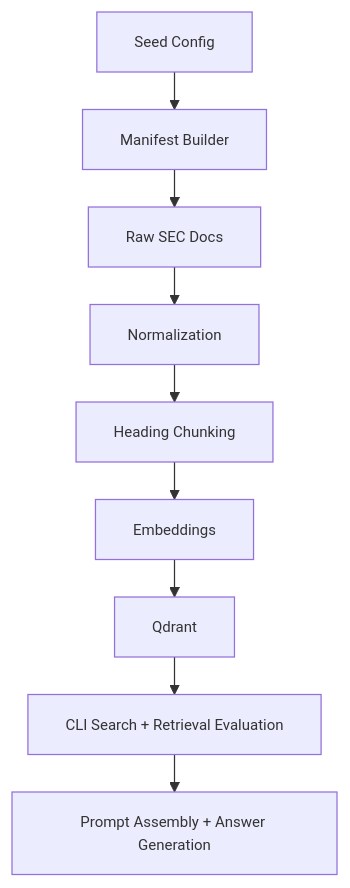
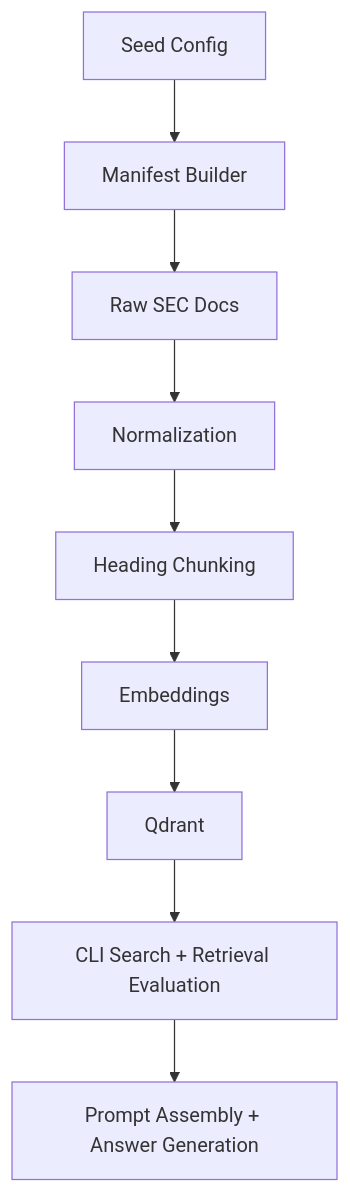
One commit to mdmilligan/market-intelligence-rag changed the diagram in README.md. Above: the diagram before and after it, drawn with Mermaid.

Commit message:
fix: remove Mermaid init directive from README diagram

````diff
--- a/README.md
+++ b/README.md
@@ -71,12 +71,11 @@
 ```mermaid
-%%{init: {'themeVariables': {'fontSize': '12px'}, 'flowchart': {'nodeSpacing': 20, 'rankSpacing': 30}}}%%
 flowchart TD
     A[Seed Config] --> B[Manifest Builder]
     B --> C[Raw SEC Docs]
     C --> D[Normalization]
     D --> E[Heading Chunking]
     E --> F[Embeddings]
     F --> G[Qdrant]
     G --> H[CLI Search + Retrieval Evaluation]
     H --> I[Prompt Assembly + Answer Generation]
 ```
````
